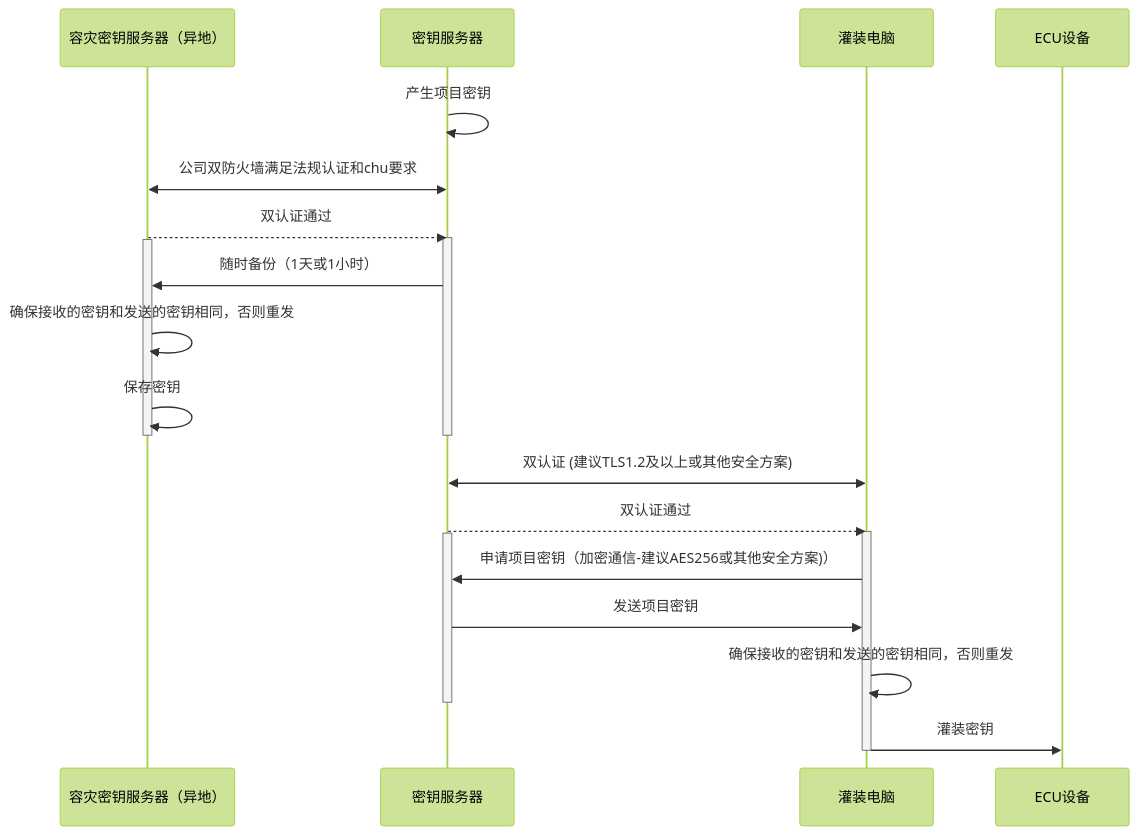
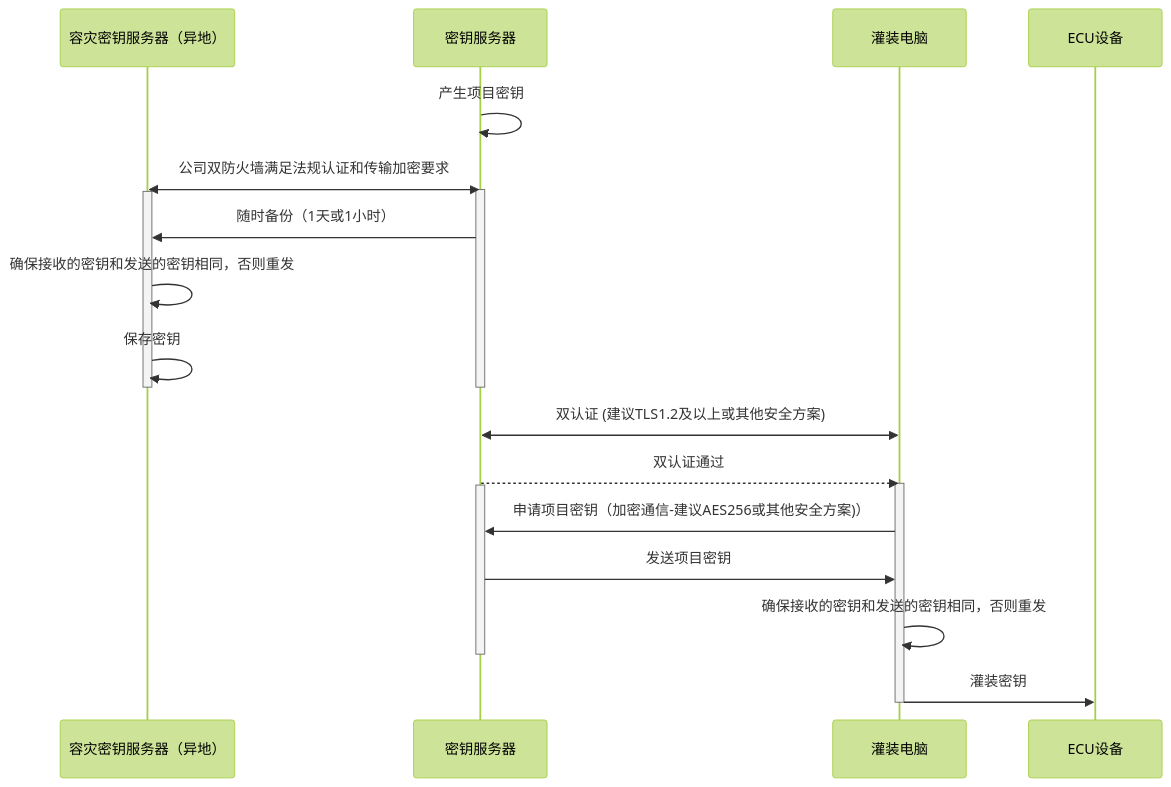
Before and after one commit to facebook-cloud/iodraw-files: the diagram in all/未命名-15.md, drawn with Mermaid (forest theme).

Commit message:
2026-02-07 09:47:05 update

````diff
--- a/all/未命名-15.md
+++ b/all/未命名-15.md
@@ -1,32 +1,31 @@
 ```mermaid
 sequenceDiagram
     participant B as 容灾密钥服务器（异地）
     participant A as 密钥服务器
     participant C as 灌装电脑
     participant D as ECU设备
 
     A->>A: 产生项目密钥
-    A<<->>B: 公司双防火墙满足法规认证和chu要求
-    B-->>A: 双认证通过
+    A<<->>B: 公司双防火墙满足法规认证和传输加密要求
     activate A
     activate B
     A->>B: 随时备份（1天或1小时）
 
     B->>B: 确保接收的密钥和发送的密钥相同，否则重发
     B->>B: 保存密钥
     deactivate B
     deactivate A
 
     C<<->>A: 双认证 (建议TLS1.2及以上或其他安全方案)
     A-->>C: 双认证通过
     activate C
     activate A
     C->>A: 申请项目密钥（加密通信-建议AES256或其他安全方案)）
     A->>C: 发送项目密钥
 
     C->>C: 确保接收的密钥和发送的密钥相同，否则重发
     deactivate A
     C->>D: 灌装密钥
     deactivate C
 
 ```
````
